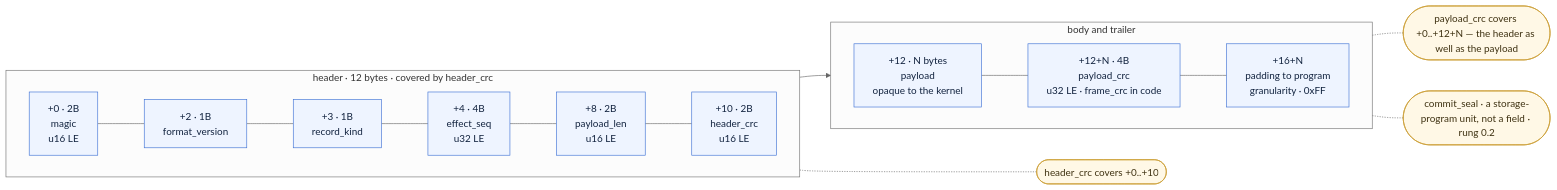
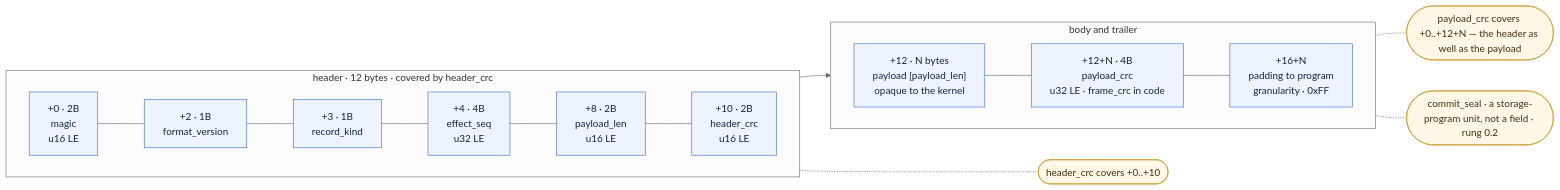
The third of 5 diagrams in docs/architecture.md (madmax983/waymaker), drawn with Mermaid (neutral theme) before and after one commit. The commit also changed 4 other files, not shown here.

````diff
--- a/docs/architecture.md
+++ b/docs/architecture.md
@@ -130,34 +130,34 @@
 ```mermaid
 graph LR
   subgraph header["header · 12 bytes · covered by header_crc"]
     direction LR
     f0["+0 · 2B<br/>magic<br/>u16 LE"]
     f1["+2 · 1B<br/>format_version"]
     f2["+3 · 1B<br/>record_kind"]
     f3["+4 · 4B<br/>effect_seq<br/>u32 LE"]
     f4["+8 · 2B<br/>payload_len<br/>u16 LE"]
     f5["+10 · 2B<br/>header_crc<br/>u16 LE"]
     f0 --- f1 --- f2 --- f3 --- f4 --- f5
   end
   subgraph rest["body and trailer"]
     direction LR
-    f6["+12 · N bytes<br/>payload<br/>opaque to the kernel"]
+    f6["+12 · N bytes<br/>payload [payload_len]<br/>opaque to the kernel"]
     f7["+12+N · 4B<br/>payload_crc<br/>u32 LE · frame_crc in code"]
     f8["+16+N<br/>padding to program<br/>granularity · 0xFF"]
     f6 --- f7 --- f8
   end
   header --> rest
 
   c1(["header_crc covers +0..+10"])
   c2(["payload_crc covers +0..+12+N — the header as well as the payload"])
   c3(["commit_seal · a storage-program unit, not a field · rung 0.2"])
 
   f5 -.- c1
   f7 -.- c2
   f8 -.- c3
 
   classDef field fill:#eef4ff,stroke:#3b6fd4,color:#12233f;
   classDef note fill:#fff8e6,stroke:#c99a2e,color:#3f3212;
   class f0,f1,f2,f3,f4,f5,f6,f7,f8 field;
   class c1,c2,c3 note;
 ```
````
